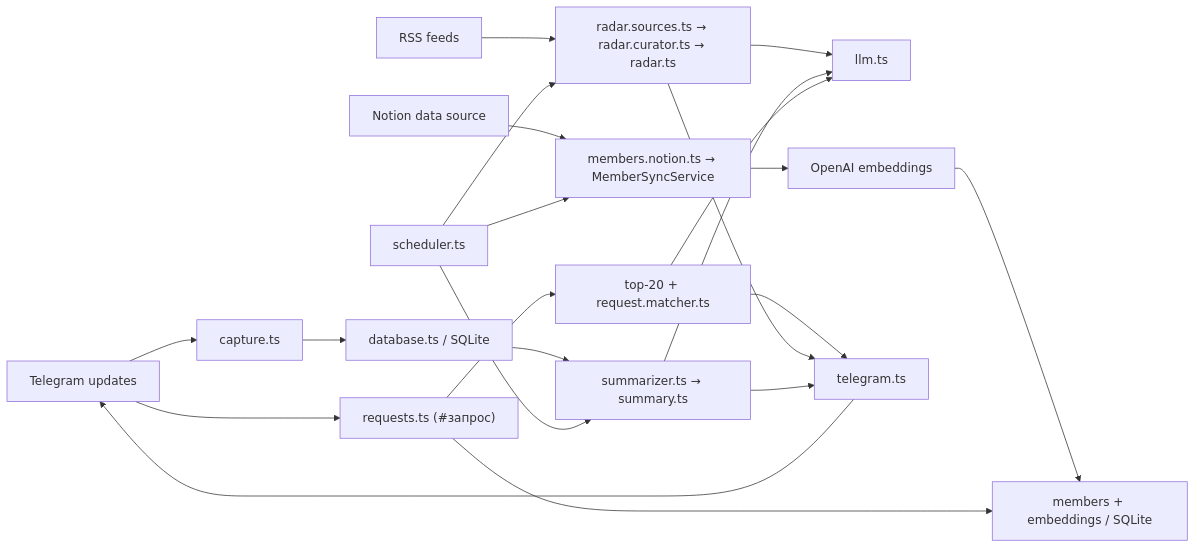
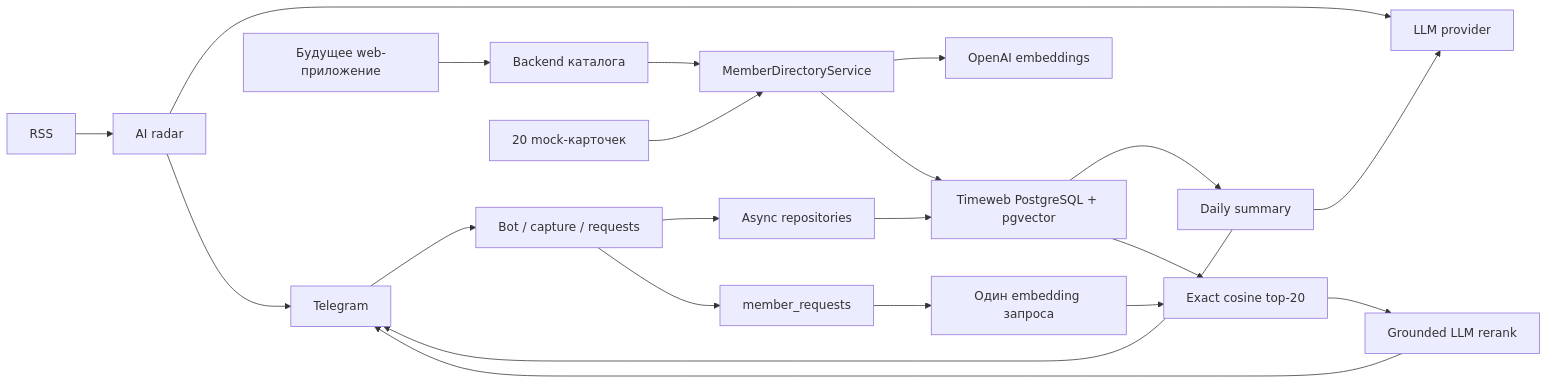
One commit to vladilenm/irreplaceable_bot changed the diagram in docs/architecture.md. Above: the diagram before and after it, drawn with Mermaid. The commit also changed other lines of this file and 14 other files, not shown here.

Commit message:
docs: complete PostgreSQL rollout

````diff
--- a/docs/architecture.md
+++ b/docs/architecture.md
@@ -14,22 +17,24 @@
 ```mermaid
 flowchart LR
-  Telegram["Telegram updates"] --> Capture["capture.ts"] --> DB["database.ts / SQLite"]
-  RSS["RSS feeds"] --> Radar["radar.sources.ts → radar.curator.ts → radar.ts"]
-  Radar --> LLM["llm.ts"]
-  DB --> Summary["summarizer.ts → summary.ts"]
-  Summary --> LLM
-  Notion["Notion data source"] --> MemberSync["members.notion.ts → MemberSyncService"]
-  MemberSync --> Embeddings["OpenAI embeddings"]
-  Embeddings --> MemberDB["members + embeddings / SQLite"]
-  Telegram --> Requests["requests.ts (#запрос)"]
-  Requests --> MemberDB
-  Requests --> Matcher["top-20 + request.matcher.ts"]
-  Matcher --> LLM
-  Matcher --> TelegramAPI
-  Scheduler["scheduler.ts"] --> Radar
-  Scheduler --> Summary
-  Scheduler --> MemberSync
-  Radar --> TelegramAPI["telegram.ts"]
-  Summary --> TelegramAPI
-  TelegramAPI --> Telegram
+  Telegram["Telegram"] --> Bot["Bot / capture / requests"]
+  Bot --> Repos["Async repositories"]
+  Repos --> PG["Timeweb PostgreSQL + pgvector"]
+
+  RSS["RSS"] --> Radar["AI radar"] --> LLM["LLM provider"]
+  PG --> Summary["Daily summary"] --> LLM
+  Radar --> Telegram
+  Summary --> Telegram
+
+  Web["Будущее web-приложение"] --> Backend["Backend каталога"]
+  Seed["20 mock-карточек"] --> Directory["MemberDirectoryService"]
+  Backend --> Directory
+  Directory --> OpenAI["OpenAI embeddings"]
+  Directory --> PG
+
+  Bot --> Queue["member_requests"]
+  Queue --> QueryEmbedding["Один embedding запроса"]
+  QueryEmbedding --> Search["Exact cosine top-20"]
+  PG --> Search
+  Search --> Rerank["Grounded LLM rerank"]
+  Rerank --> Telegram
 ```
````
